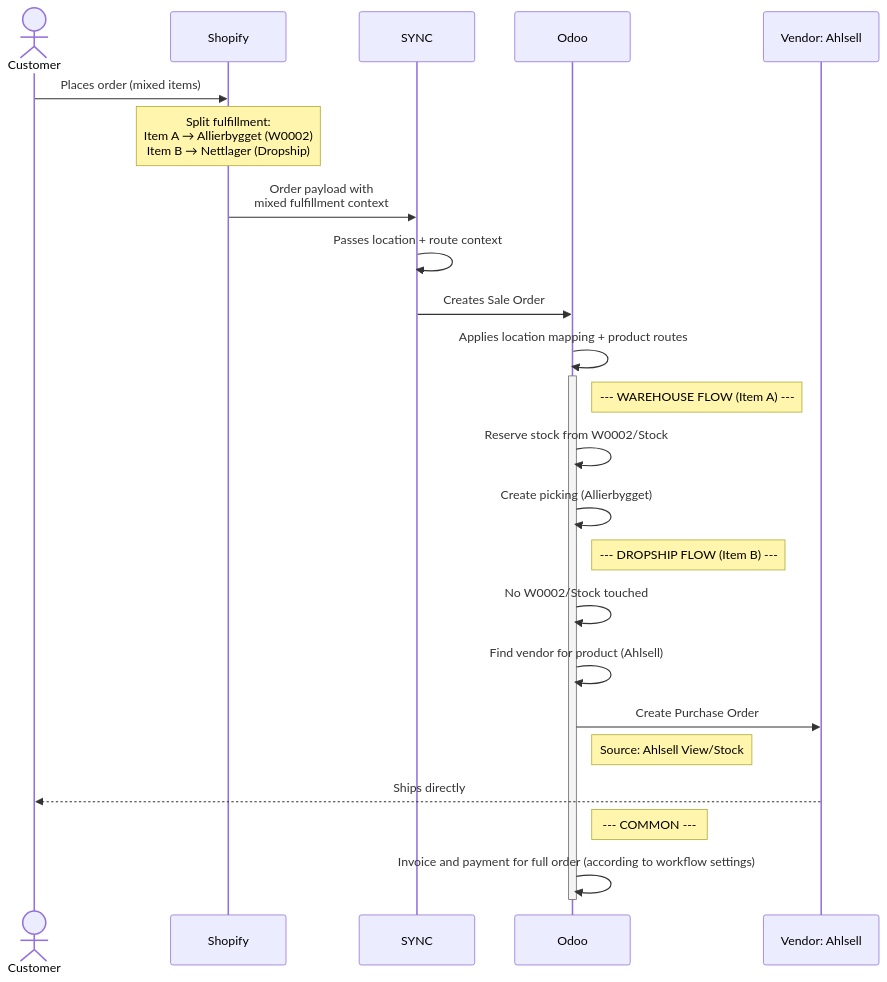
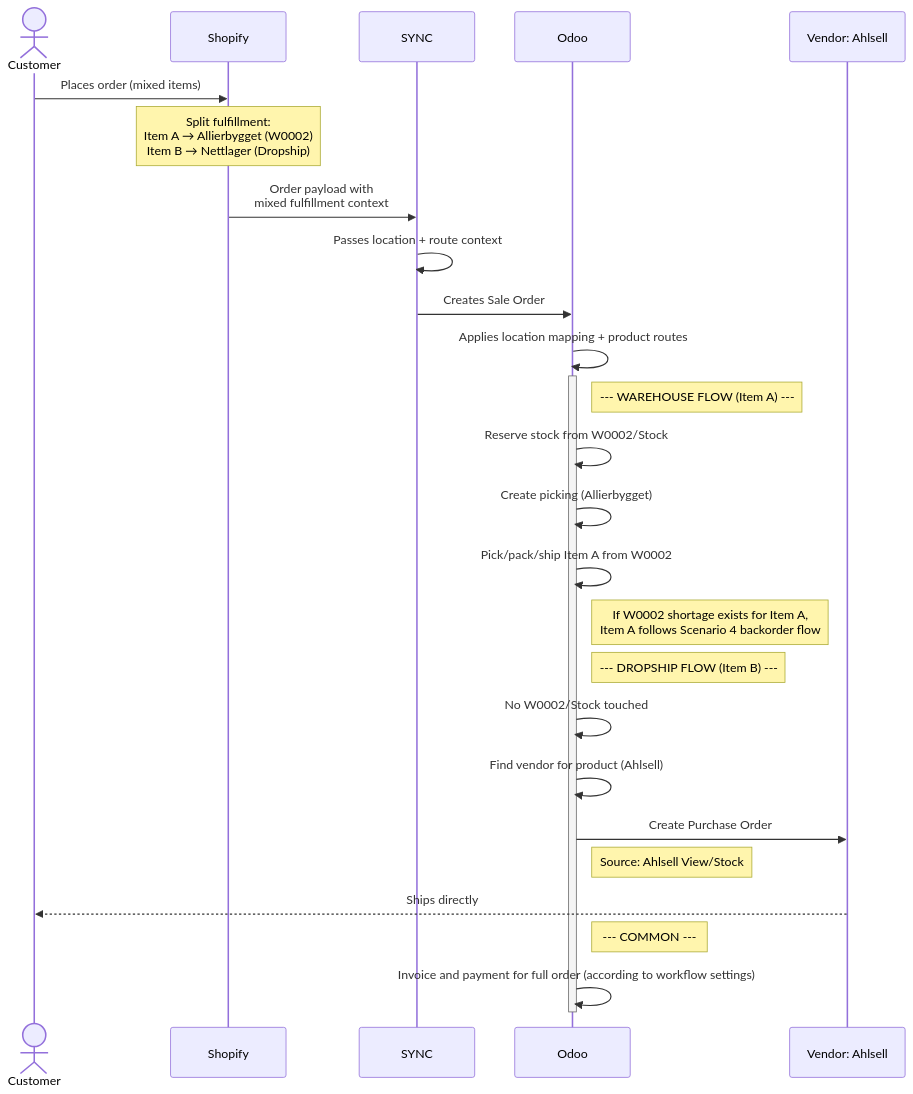
Before and after one commit to ozan-droid/documents: the eighth of 16 diagrams in shopify-sync-odoo-scenarios.md, drawn with Mermaid. The commit also changed other lines of this file, not shown here.

````diff
--- a/shopify-sync-odoo-scenarios.md
+++ b/shopify-sync-odoo-scenarios.md
@@ -353,33 +358,35 @@
 ```mermaid
 sequenceDiagram
     actor Customer
     participant Shopify
     participant SYNC
     participant Odoo
     participant Ahlsell as Vendor: Ahlsell
 
     Customer->>Shopify: Places order (mixed items)
     Note over Shopify: Split fulfillment:<br/>Item A → Allierbygget (W0002)<br/>Item B → Nettlager (Dropship)
 
     Shopify->>SYNC: Order payload with<br/>mixed fulfillment context
 
     SYNC->>SYNC: Passes location + route context
     SYNC->>Odoo: Creates Sale Order
     Odoo->>Odoo: Applies location mapping + product routes
 
     activate Odoo
     Note right of Odoo: --- WAREHOUSE FLOW (Item A) ---
     Odoo->>Odoo: Reserve stock from W0002/Stock
     Odoo->>Odoo: Create picking (Allierbygget)
+    Odoo->>Odoo: Pick/pack/ship Item A from W0002
+    Note right of Odoo: If W0002 shortage exists for Item A,<br/>Item A follows Scenario 4 backorder flow
 
     Note right of Odoo: --- DROPSHIP FLOW (Item B) ---
     Odoo->>Odoo: No W0002/Stock touched
     Odoo->>Odoo: Find vendor for product (Ahlsell)
     Odoo->>Ahlsell: Create Purchase Order
     Note right of Odoo: Source: Ahlsell View/Stock
     Ahlsell-->>Customer: Ships directly
 
     Note right of Odoo: --- COMMON ---
     Odoo->>Odoo: Invoice and payment for full order (according to workflow settings)
     deactivate Odoo
 ```
````
